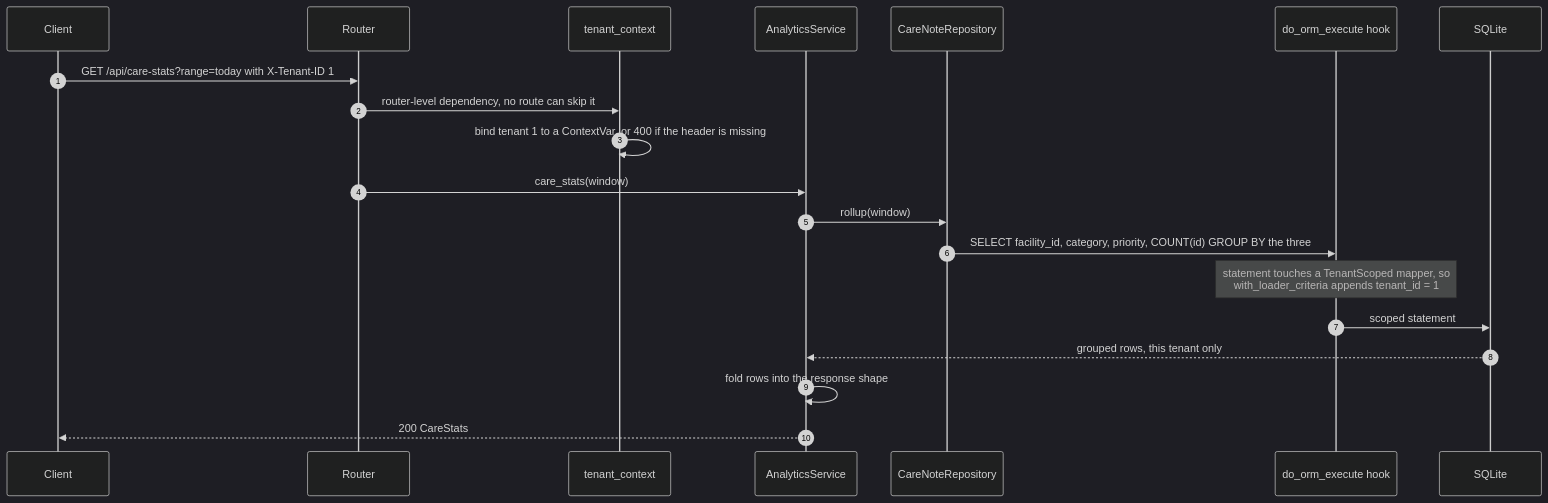
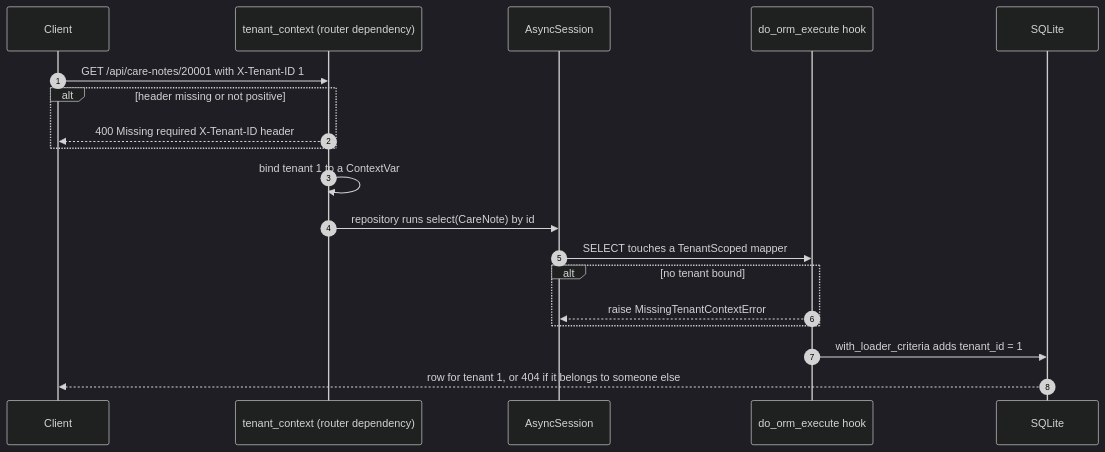
Before and after one commit to dev-sas002/clinical-notes-service: the first of 2 diagrams in README.md, drawn with Mermaid (dark theme). The commit also changed other lines of this file, not shown here.

````diff
--- a/README.md
+++ b/README.md
@@ -19,23 +10,21 @@
 ```mermaid
 sequenceDiagram
     autonumber
     participant C as Client
-    participant R as Router
-    participant T as tenant_context
-    participant S as AnalyticsService
-    participant Repo as CareNoteRepository
+    participant D as tenant_context (router dependency)
+    participant S as AsyncSession
     participant H as do_orm_execute hook
     participant DB as SQLite
-
-    C->>R: GET /api/care-stats?range=today with X-Tenant-ID 1
-    R->>T: router-level dependency, no route can skip it
-    T->>T: bind tenant 1 to a ContextVar, or 400 if the header is missing
-    R->>S: care_stats(window)
-    S->>Repo: rollup(window)
-    Repo->>H: SELECT facility_id, category, priority, COUNT(id) GROUP BY the three
-    Note over H: statement touches a TenantScoped mapper, so<br/>with_loader_criteria appends tenant_id = 1
-    H->>DB: scoped statement
-    DB-->>S: grouped rows, this tenant only
-    S->>S: fold rows into the response shape
-    S-->>C: 200 CareStats
+    C->>D: GET /api/care-notes/20001 with X-Tenant-ID 1
+    alt header missing or not positive
+        D-->>C: 400 Missing required X-Tenant-ID header
+    end
+    D->>D: bind tenant 1 to a ContextVar
+    D->>S: repository runs select(CareNote) by id
+    S->>H: SELECT touches a TenantScoped mapper
+    alt no tenant bound
+        H-->>S: raise MissingTenantContextError
+    end
+    H->>DB: with_loader_criteria adds tenant_id = 1
+    DB-->>C: row for tenant 1, or 404 if it belongs to someone else
 ```
````
